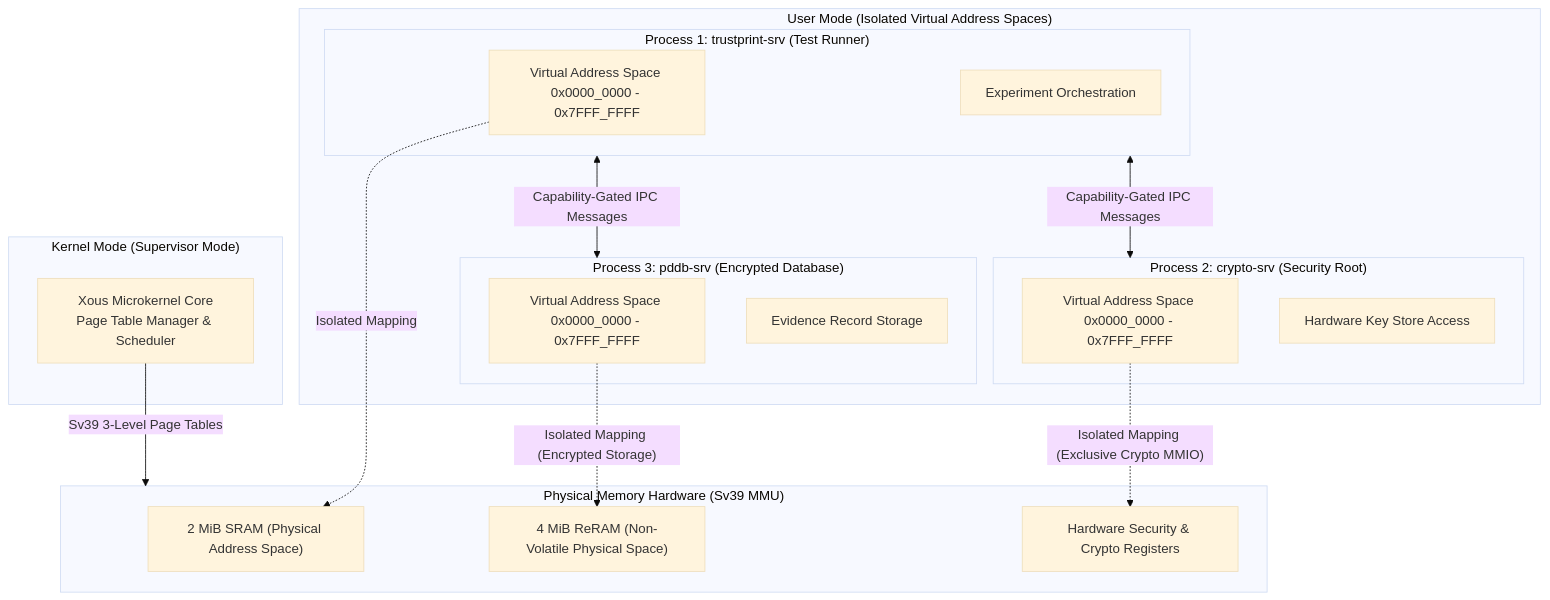
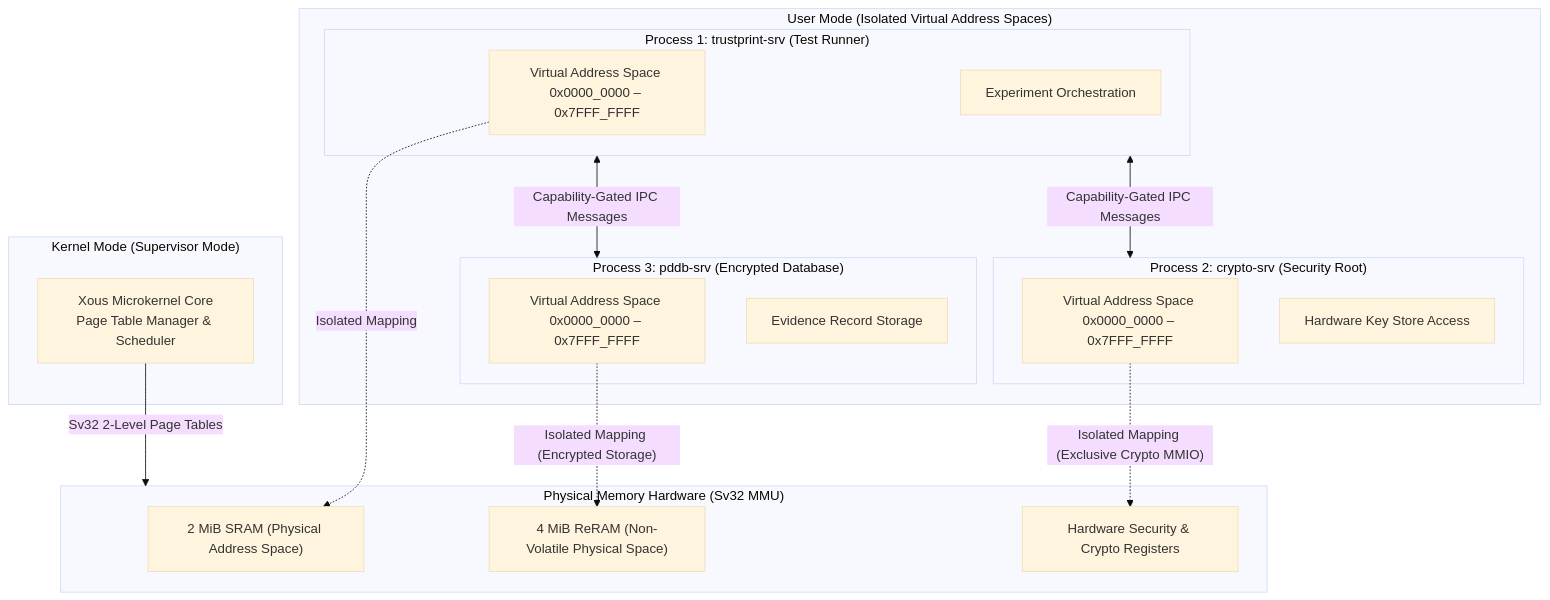
Before and after one commit to sarangchaudhari635-oss/TRUSTPRINT: the diagram in docs/15-MMU-isolation.md, drawn with Mermaid (base theme). The commit also changed other lines of this file and 32 other files, not shown here.

````diff
--- a/docs/15-MMU-isolation.md
+++ b/docs/15-MMU-isolation.md
@@ -17,36 +21,36 @@
 ```mermaid
 flowchart TD
-    subgraph PhysicalSilicon ["Physical Memory Hardware (Sv39 MMU)"]
+    subgraph PhysicalSilicon ["Physical Memory Hardware (Sv32 MMU)"]
         SRAM_PHYS["2 MiB SRAM (Physical Address Space)"]
         RRAM_PHYS["4 MiB ReRAM (Non-Volatile Physical Space)"]
         MMIO_PHYS["Hardware Security & Crypto Registers"]
     end
 
     subgraph XousKernelDomain ["Kernel Mode (Supervisor Mode)"]
         KERNEL["Xous Microkernel Core<br/>Page Table Manager & Scheduler"]
     end
 
     subgraph UserlandDomain ["User Mode (Isolated Virtual Address Spaces)"]
         subgraph ProcessA ["Process 1: trustprint-srv (Test Runner)"]
-            VA_A["Virtual Address Space 0x0000_0000 - 0x7FFF_FFFF"]
+            VA_A["Virtual Address Space 0x0000_0000 – 0x7FFF_FFFF"]
             TEST_LOGIC["Experiment Orchestration"]
         end
 
         subgraph ProcessB ["Process 2: crypto-srv (Security Root)"]
-            VA_B["Virtual Address Space 0x0000_0000 - 0x7FFF_FFFF"]
+            VA_B["Virtual Address Space 0x0000_0000 – 0x7FFF_FFFF"]
             KEYS["Hardware Key Store Access"]
         end
 
         subgraph ProcessC ["Process 3: pddb-srv (Encrypted Database)"]
-            VA_C["Virtual Address Space 0x0000_0000 - 0x7FFF_FFFF"]
+            VA_C["Virtual Address Space 0x0000_0000 – 0x7FFF_FFFF"]
             VAULT["Evidence Record Storage"]
         end
     end
 
-    KERNEL -->|"Sv39 3-Level Page Tables"| PhysicalSilicon
+    KERNEL -->|"Sv32 2-Level Page Tables"| PhysicalSilicon
     VA_A -.->|"Isolated Mapping"| SRAM_PHYS
     VA_B -.->|"Isolated Mapping (Exclusive Crypto MMIO)"| MMIO_PHYS
     VA_C -.->|"Isolated Mapping (Encrypted Storage)"| RRAM_PHYS
     ProcessA <-->|"Capability-Gated IPC Messages"| ProcessB
     ProcessA <-->|"Capability-Gated IPC Messages"| ProcessC
 ```
````
